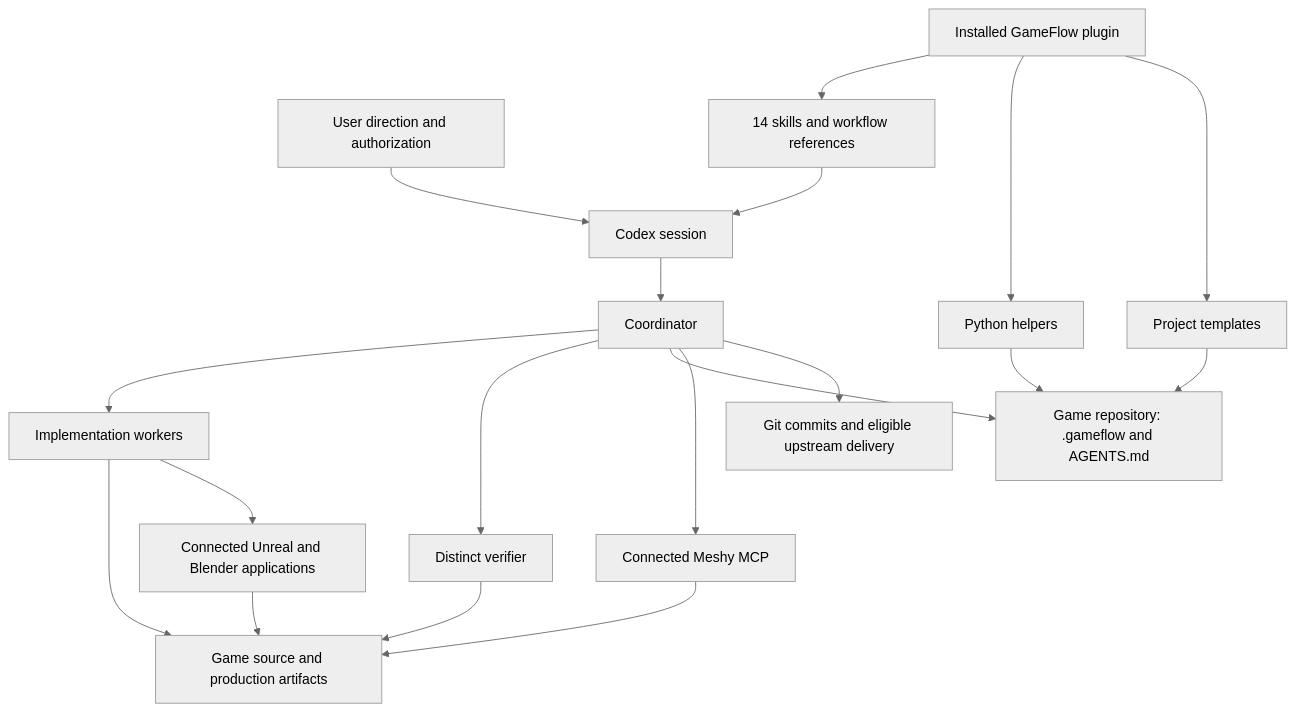
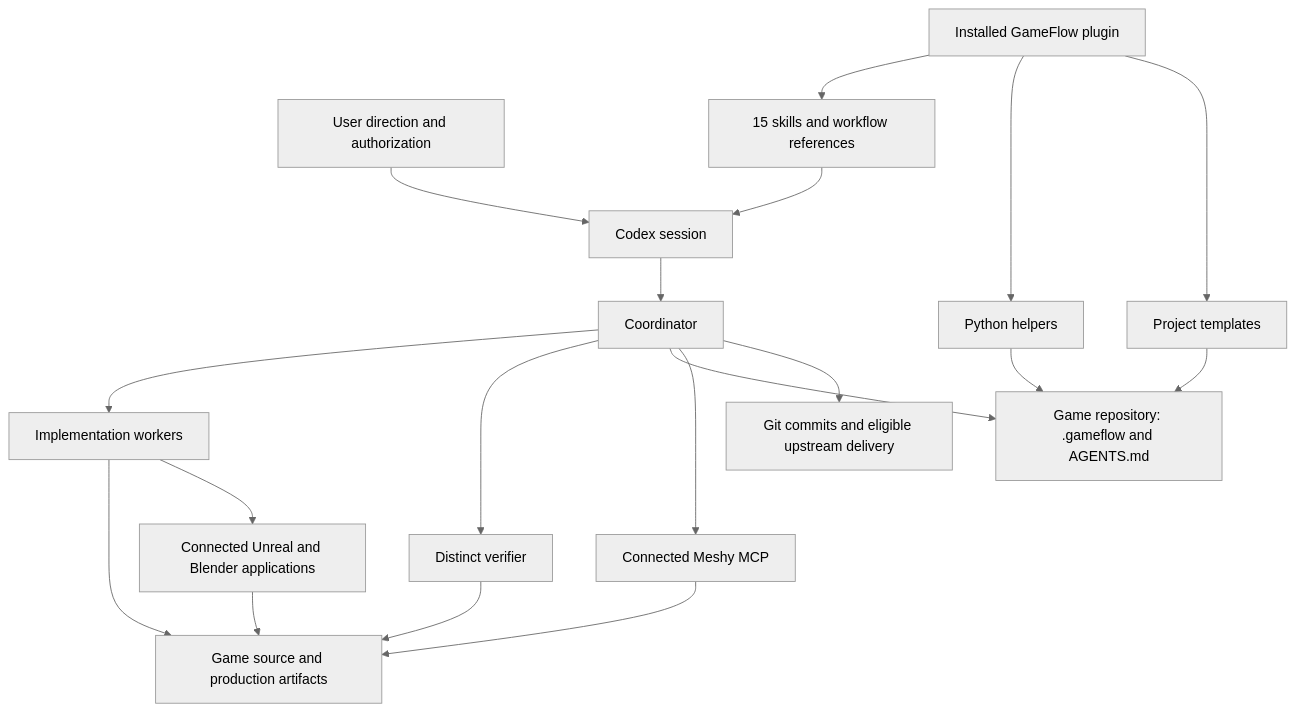
The first of 8 diagrams in plugins/gameflow/docs/PLUGIN_GUIDE.md (agiles231/gameflow), drawn with Mermaid (neutral theme) before and after one commit. The commit also changed other lines of this file and 2 other files, not shown here.

Commit message:
Add unbounded GameFlow autopilot skill

````diff
--- a/plugins/gameflow/docs/PLUGIN_GUIDE.md
+++ b/plugins/gameflow/docs/PLUGIN_GUIDE.md
@@ -30,21 +30,21 @@
 ```mermaid
 flowchart TB
     User["User direction and authorization"] --> Session["Codex session"]
-    Plugin["Installed GameFlow plugin"] --> Skills["14 skills and workflow references"]
+    Plugin["Installed GameFlow plugin"] --> Skills["15 skills and workflow references"]
     Plugin --> Helpers["Python helpers"]
     Plugin --> Templates["Project templates"]
     Skills --> Session
     Session --> Coordinator["Coordinator"]
     Coordinator --> Workers["Implementation workers"]
     Coordinator --> Verifier["Distinct verifier"]
     Coordinator --> State["Game repository: .gameflow and AGENTS.md"]
     Helpers --> State
     Templates --> State
     Workers --> Artifacts["Game source and production artifacts"]
     Verifier --> Artifacts
     Workers --> Apps["Connected Unreal and Blender applications"]
     Coordinator --> Meshy["Connected Meshy MCP"]
     Meshy --> Artifacts
     Coordinator --> Git["Git commits and eligible upstream delivery"]
     Apps --> Artifacts
 ```
````
